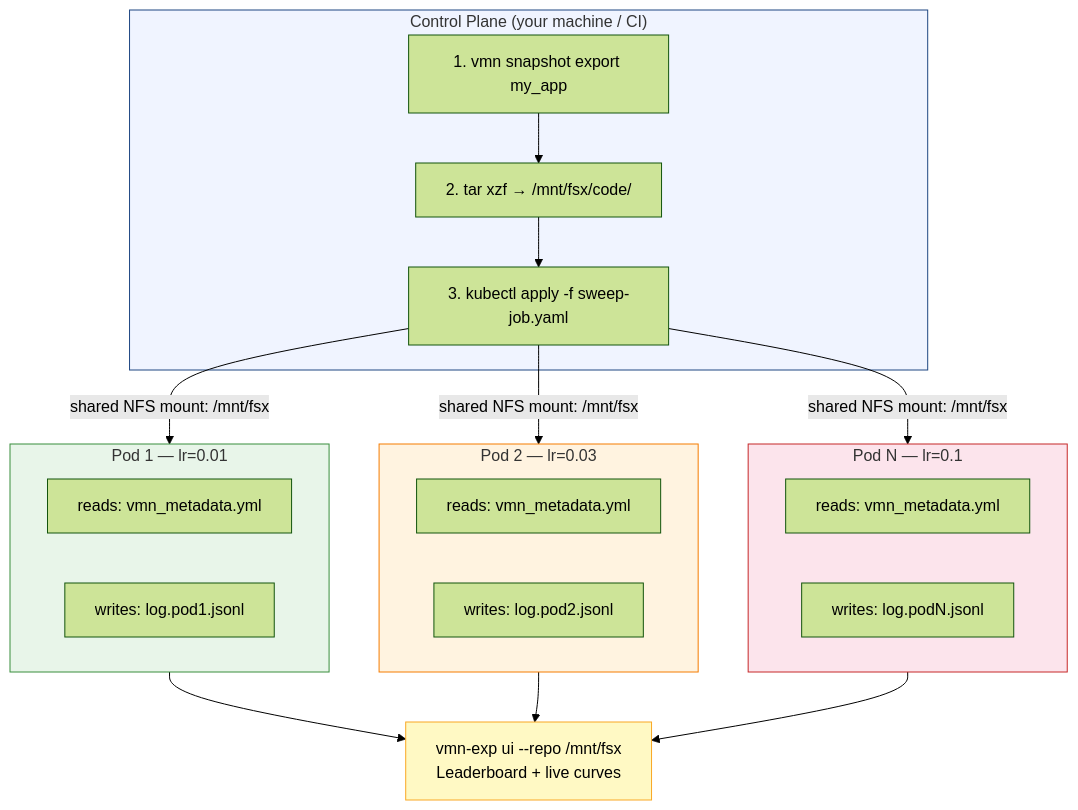
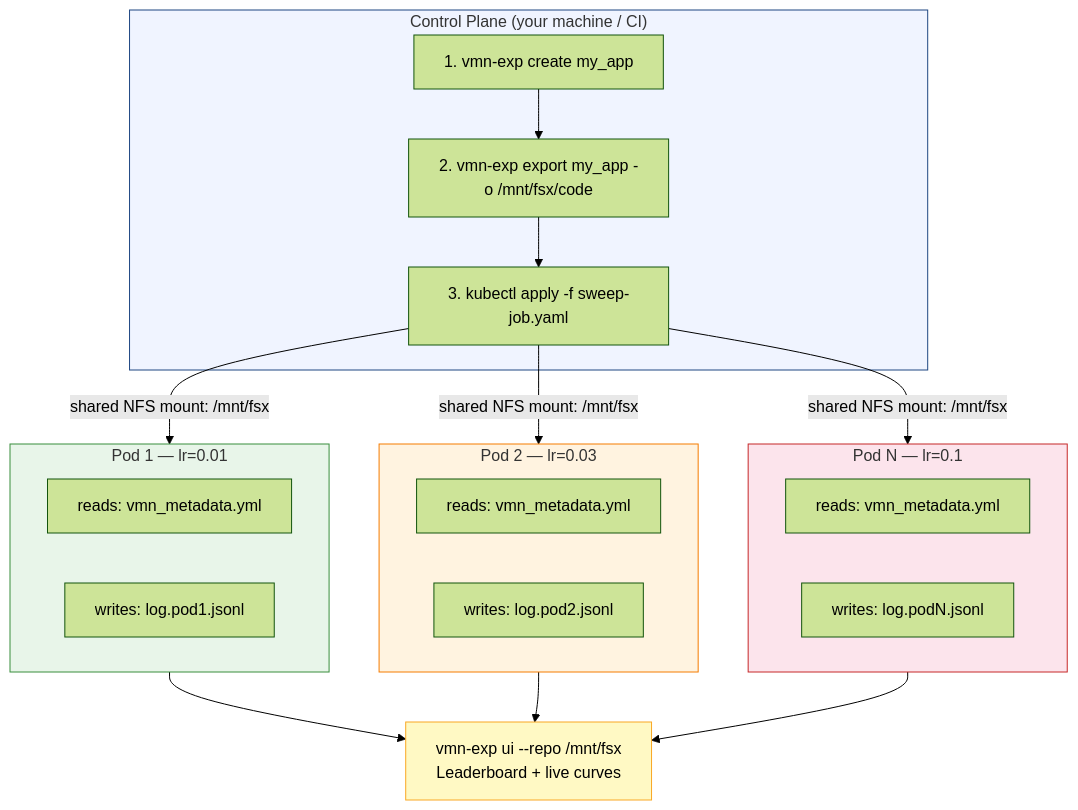
One commit to progovoy/vmn changed the fourth of 7 diagrams in docs/experiment-tracking-guide.md. Above: the diagram before and after it, drawn with Mermaid (forest theme). The commit also changed other lines of this file and 5 other files, not shown here.

Commit message:
docs: drop vmn snapshot; container flow uses vmn-exp create + export

````diff
--- a/docs/experiment-tracking-guide.md
+++ b/docs/experiment-tracking-guide.md
@@ -219,34 +219,34 @@
 ```mermaid
 flowchart TD
     subgraph cp["Control Plane (your machine / CI)"]
-        step1["1. vmn snapshot export my_app"]
-        step2["2. tar xzf → /mnt/fsx/code/"]
+        step1["1. vmn-exp create my_app"]
+        step2["2. vmn-exp export my_app -o /mnt/fsx/code"]
         step3["3. kubectl apply -f sweep-job.yaml"]
         step1 --> step2 --> step3
     end
 
     step3 -- "shared NFS mount: /mnt/fsx" --> pod1 & pod2 & podN
 
     subgraph pod1["Pod 1 — lr=0.01"]
         p1_read["reads: vmn_metadata.yml"]
         p1_write["writes: log.pod1.jsonl"]
     end
 
     subgraph pod2["Pod 2 — lr=0.03"]
         p2_read["reads: vmn_metadata.yml"]
         p2_write["writes: log.pod2.jsonl"]
     end
 
     subgraph podN["Pod N — lr=0.1"]
         pN_read["reads: vmn_metadata.yml"]
         pN_write["writes: log.podN.jsonl"]
     end
 
     pod1 & pod2 & podN --> ui["vmn-exp ui --repo /mnt/fsx\nLeaderboard + live curves"]
 
     style cp fill:#f0f4ff,stroke:#1e4682
     style pod1 fill:#e8f5e9,stroke:#388e3c
     style pod2 fill:#fff3e0,stroke:#f57c00
     style podN fill:#fce4ec,stroke:#c62828
     style ui fill:#fff9c4,stroke:#f9a825
 ```
````
